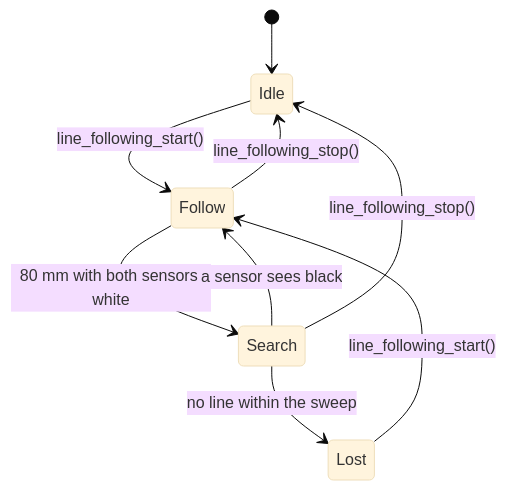
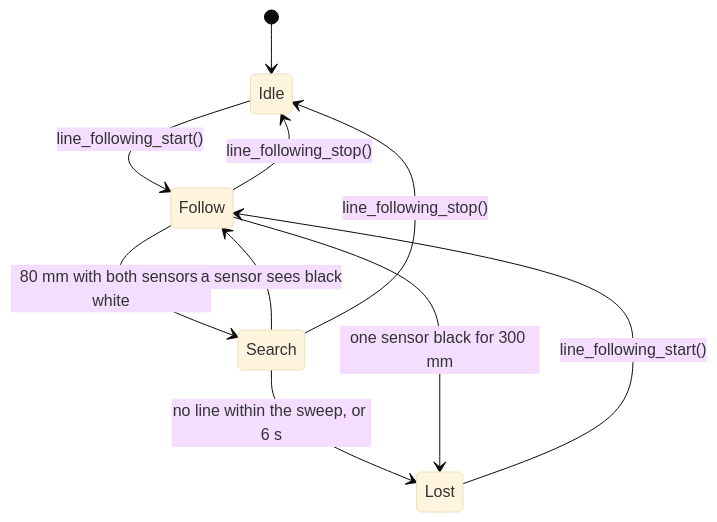
One commit to 10x-Slackers/INF2004 changed the third of 5 diagrams in docs/ARCHITECTURE.md. Above: the diagram before and after it, drawn with Mermaid (base theme). The commit also changed other lines of this file and 13 other files, not shown here.

First line of the commit message:
feat: flag a stuck line sensor, a search over 6 s and stopped barcode samples (#61)

````diff
--- a/docs/ARCHITECTURE.md
+++ b/docs/ARCHITECTURE.md
@@ -170,11 +170,12 @@
 ```mermaid
 stateDiagram-v2
     [*] --> Idle
     Idle --> Follow: line_following_start()
     Follow --> Search: 80 mm with both sensors white
     Search --> Follow: a sensor sees black
-    Search --> Lost: no line within the sweep
+    Search --> Lost: no line within the sweep, or 6 s
+    Follow --> Lost: one sensor black for 300 mm
     Lost --> Follow: line_following_start()
     Follow --> Idle: line_following_stop()
     Search --> Idle: line_following_stop()
 ```
````
